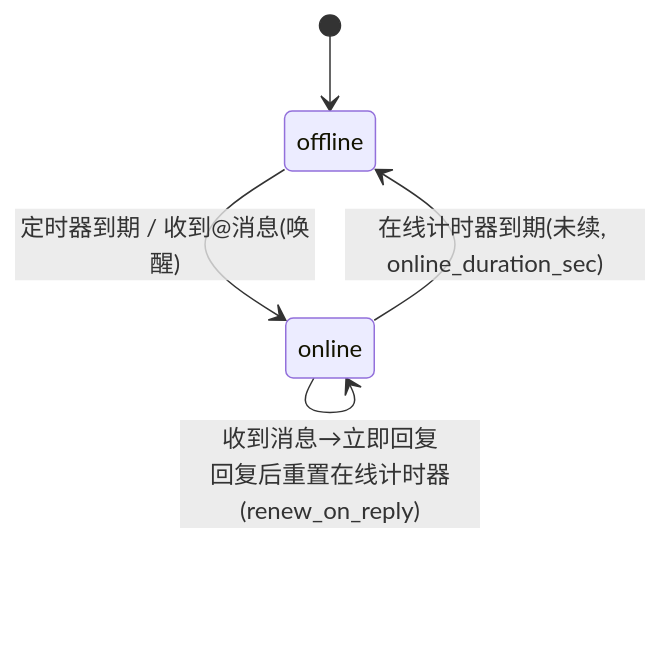
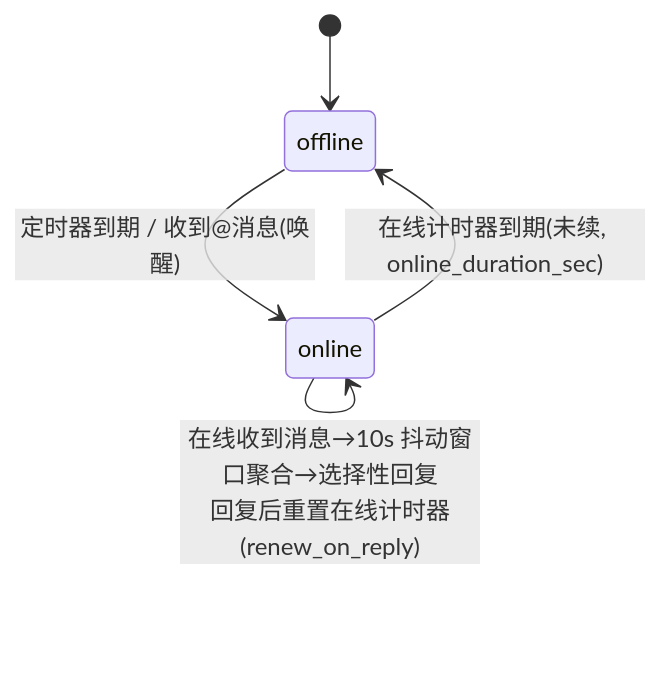
One commit to Gove2004/GGBot changed the third of 5 diagrams in docs/实施方案.md. Above: the diagram before and after it, drawn with Mermaid. The commit also changed other lines of this file and 1 other file, not shown here.

Commit message:
docs: online reply debounce window (10s, selective reply) + media attachments land in Temp/

````diff
--- a/docs/实施方案.md
+++ b/docs/实施方案.md
@@ -151,7 +153,7 @@
 ```mermaid
 stateDiagram-v2
     [*] --> offline
     offline --> online: 定时器到期 / 收到@消息(唤醒)
-    online --> online: 收到消息→立即回复<br/>回复后重置在线计时器(renew_on_reply)
+    online --> online: 在线收到消息→10s 抖动窗口聚合→选择性回复<br/>回复后重置在线计时器(renew_on_reply)
     online --> offline: 在线计时器到期(未续, online_duration_sec)
 ```
````
